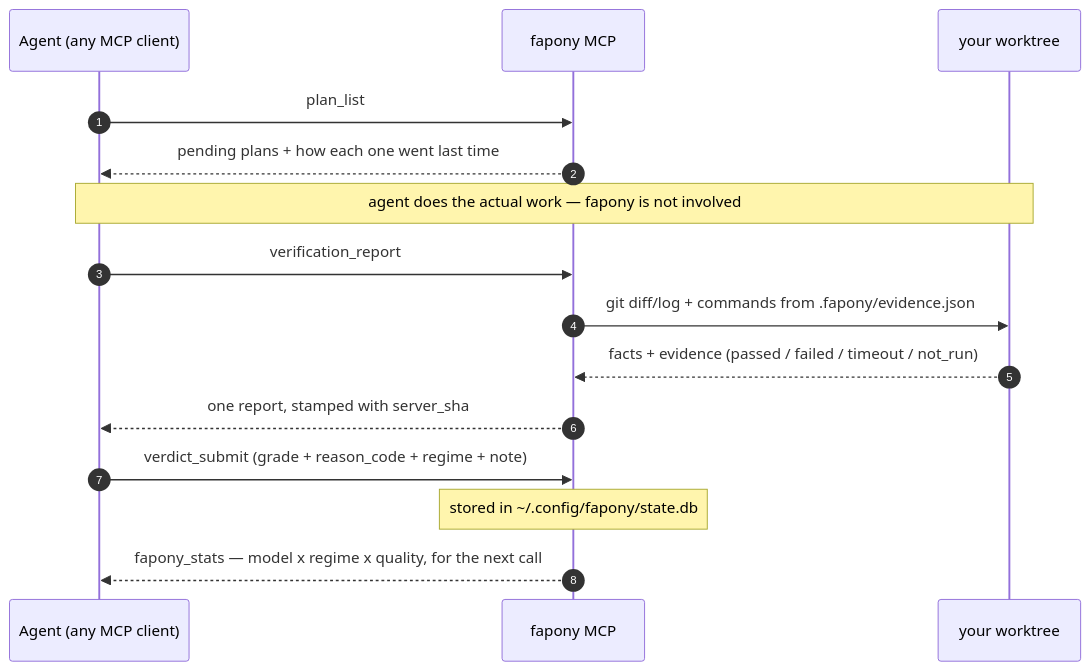
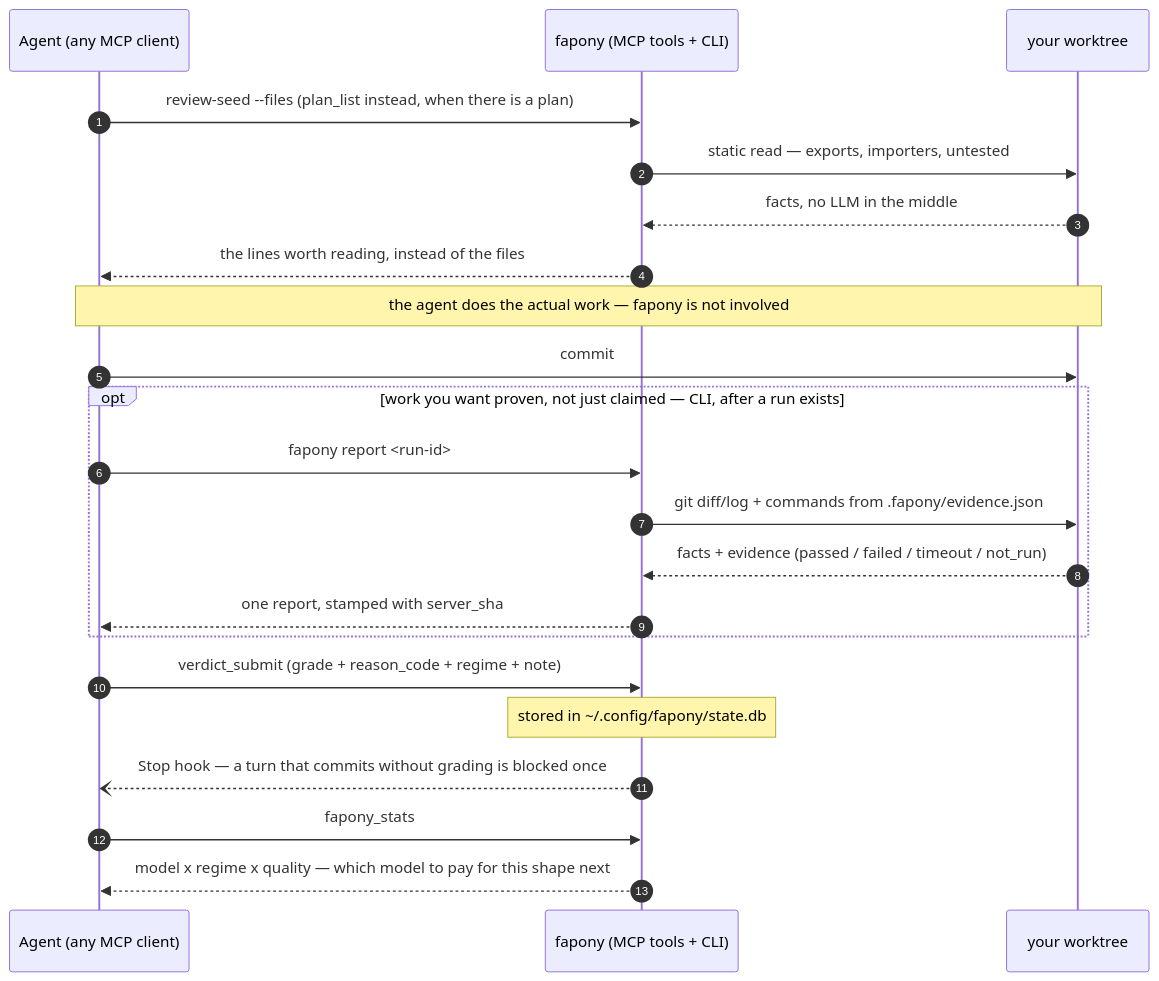
Before and after one commit to inonix-dev/fapony: the second of 3 diagrams in README.md, drawn with Mermaid. The commit also changed other lines of this file, not shown here.

Commit message:
docs(readme): the work cycle diagram stops calling a CLI command an MCP tool
verification_report is not one of the 6 registered tools (src/mcp/tools/index.ts)
and README:183 already said so — "the handoff/report family is CLI-only". The
sequence diagram put it at the centre of the cycle as an MCP call, and two other
spots repeated the claim: the quick start told the reader to ask an agent to
"run fapony verification_report" (a tool it cannot call, at a moment when no run
exists to report on), and the moments table offered it as an any-time call.

The diagram now opens on review-seed --files, which is what actually starts a
cycle here, folds the report into an opt block labelled CLI-and-after-a-run, and
draws the Stop hook — the one thing fapony does to the agent rather than for it,
and previously absent from every diagram in the file. fapony_stats is a call the
agent makes, not a reply verdict_submit hands back.

Both edited blocks parse and render under mermaid 11.

````diff
--- a/README.md
+++ b/README.md
@@ -142,18 +145,25 @@
 ```mermaid
 sequenceDiagram
     autonumber
     participant A as Agent (any MCP client)
-    participant F as fapony MCP
+    participant F as fapony (MCP tools + CLI)
     participant W as your worktree
 
-    A->>F: plan_list
-    F-->>A: pending plans + how each one went last time
-    Note over A,W: agent does the actual work — fapony is not involved
-    A->>F: verification_report
-    F->>W: git diff/log + commands from .fapony/evidence.json
-    W-->>F: facts + evidence (passed / failed / timeout / not_run)
-    F-->>A: one report, stamped with server_sha
+    A->>F: review-seed --files (plan_list instead, when there is a plan)
+    F->>W: static read — exports, importers, untested
+    W-->>F: facts, no LLM in the middle
+    F-->>A: the lines worth reading, instead of the files
+    Note over A,W: the agent does the actual work — fapony is not involved
+    A->>W: commit
+    opt work you want proven, not just claimed — CLI, after a run exists
+        A->>F: fapony report <run-id>
+        F->>W: git diff/log + commands from .fapony/evidence.json
+        W-->>F: facts + evidence (passed / failed / timeout / not_run)
+        F-->>A: one report, stamped with server_sha
+    end
     A->>F: verdict_submit (grade + reason_code + regime + note)
     Note over F: stored in ~/.config/fapony/state.db
-    F-->>A: fapony_stats — model x regime x quality, for the next call
+    F--)A: Stop hook — a turn that commits without grading is blocked once
+    A->>F: fapony_stats
+    F-->>A: model x regime x quality — which model to pay for this shape next
 ```
````
